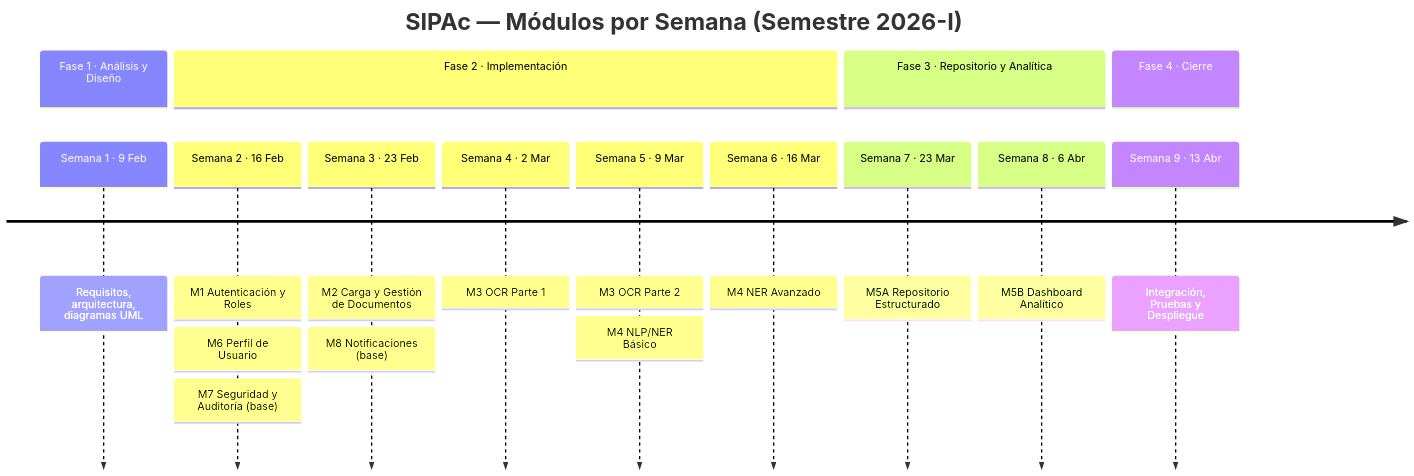
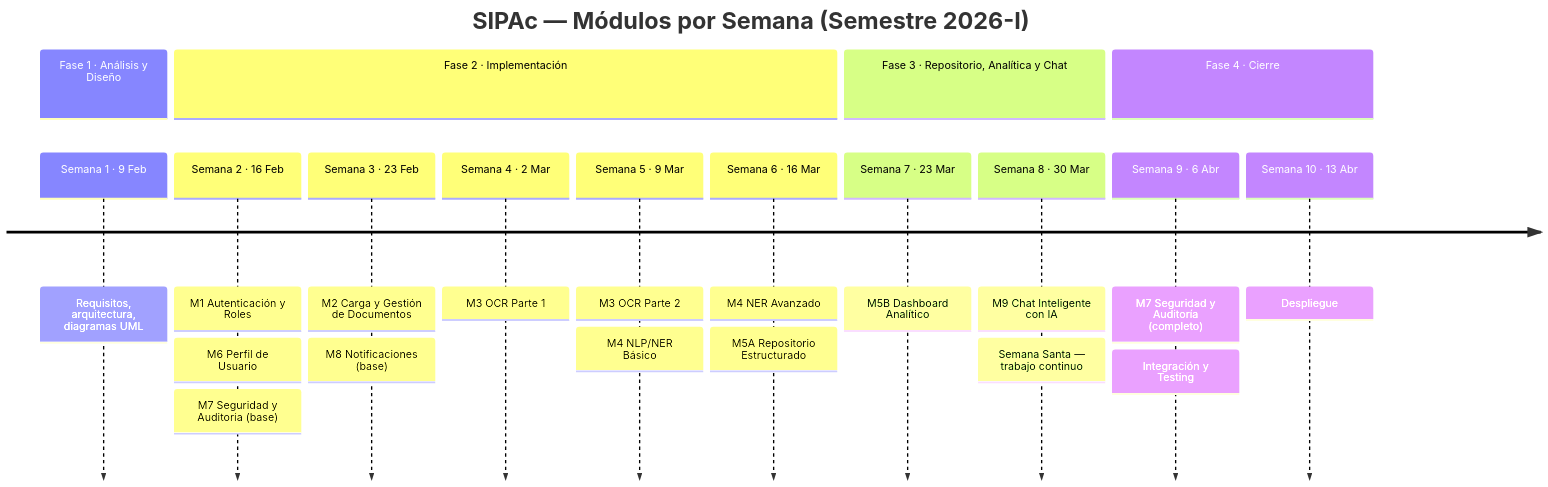
One commit to KarloZ7715/SIPAc changed the second of 3 diagrams in docs/analisis-diseno/documentacion/02-requisitos-funcionales.md. Above: the diagram before and after it, drawn with Mermaid. The commit also changed other lines of this file and 28 other files, not shown here.

Commit message:
docs(analisis): alinear arquitectura y diagramas

````diff
--- a/docs/analisis-diseno/documentacion/02-requisitos-funcionales.md
+++ b/docs/analisis-diseno/documentacion/02-requisitos-funcionales.md
@@ -320,21 +355,25 @@
 ```mermaid
 timeline
     title SIPAc — Módulos por Semana (Semestre 2026-I)
     section Fase 1 · Análisis y Diseño
         Semana 1 · 9 Feb    : Requisitos, arquitectura, diagramas UML
     section Fase 2 · Implementación
         Semana 2 · 16 Feb   : M1 Autenticación y Roles
                             : M6 Perfil de Usuario
                             : M7 Seguridad y Auditoría (base)
         Semana 3 · 23 Feb   : M2 Carga y Gestión de Documentos
                             : M8 Notificaciones (base)
         Semana 4 · 2 Mar    : M3 OCR Parte 1
         Semana 5 · 9 Mar    : M3 OCR Parte 2
                             : M4 NLP/NER Básico
         Semana 6 · 16 Mar   : M4 NER Avanzado
-    section Fase 3 · Repositorio y Analítica
-        Semana 7 · 23 Mar   : M5A Repositorio Estructurado
-        Semana 8 · 6 Abr    : M5B Dashboard Analítico
+                            : M5A Repositorio Estructurado
+    section Fase 3 · Repositorio, Analítica y Chat
+        Semana 7 · 23 Mar   : M5B Dashboard Analítico
+        Semana 8 · 30 Mar   : M9 Chat Inteligente con IA
+                            : Semana Santa — trabajo continuo
     section Fase 4 · Cierre
-        Semana 9 · 13 Abr   : Integración, Pruebas y Despliegue
+        Semana 9 · 6 Abr    : M7 Seguridad y Auditoría (completo)
+                            : Integración y Testing
+        Semana 10 · 13 Abr  : Despliegue
 ```
````
